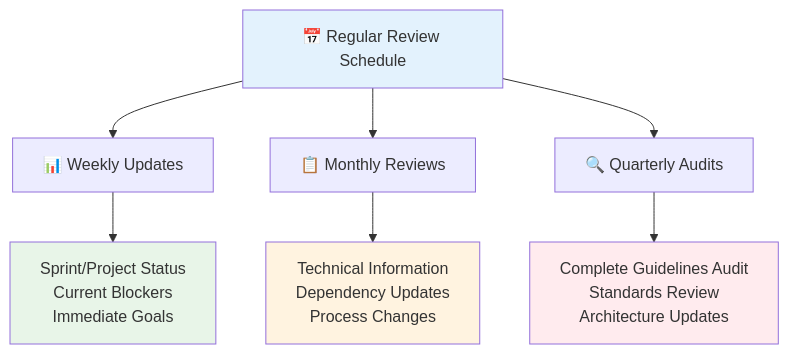
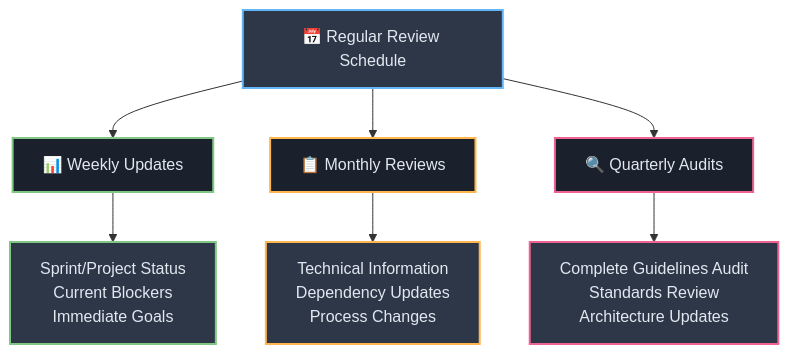
The seventh of 8 diagrams in README.md (josemlopez/gemini_md_tutorial), drawn with Mermaid before and after one commit. The commit also changed other lines of this file, not shown here.

````diff
--- a/README.md
+++ b/README.md
@@ -774,17 +777,20 @@
 ```mermaid
 graph TD
     A[📅 Regular Review Schedule] --> B[📊 Weekly Updates]
     A --> C[📋 Monthly Reviews]
     A --> D[🔍 Quarterly Audits]
     
     B --> E[Sprint/Project Status<br/>Current Blockers<br/>Immediate Goals]
     
     C --> F[Technical Information<br/>Dependency Updates<br/>Process Changes]
     
     D --> G[Complete Guidelines Audit<br/>Standards Review<br/>Architecture Updates]
     
-    style A fill:#e3f2fd
-    style E fill:#e8f5e8
-    style F fill:#fff3e0
-    style G fill:#ffebee
+    style A fill:#2d3748,stroke:#64b5f6,stroke-width:2px,color:#e2e8f0
+    style B fill:#1a202c,stroke:#81c784,stroke-width:2px,color:#e2e8f0
+    style C fill:#1a202c,stroke:#ffb74d,stroke-width:2px,color:#e2e8f0
+    style D fill:#1a202c,stroke:#f06292,stroke-width:2px,color:#e2e8f0
+    style E fill:#2d3748,stroke:#81c784,stroke-width:2px,color:#e2e8f0
+    style F fill:#2d3748,stroke:#ffb74d,stroke-width:2px,color:#e2e8f0
+    style G fill:#2d3748,stroke:#f06292,stroke-width:2px,color:#e2e8f0
 ```
````
